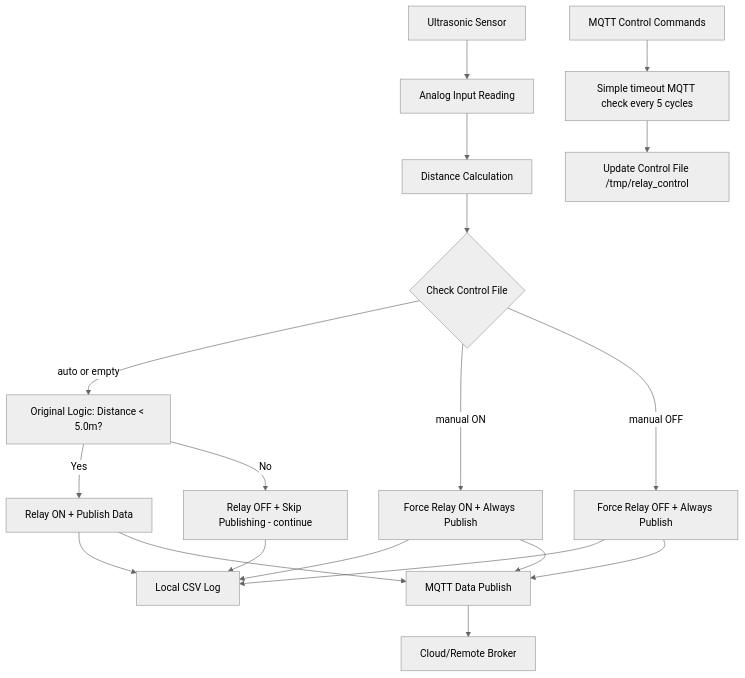
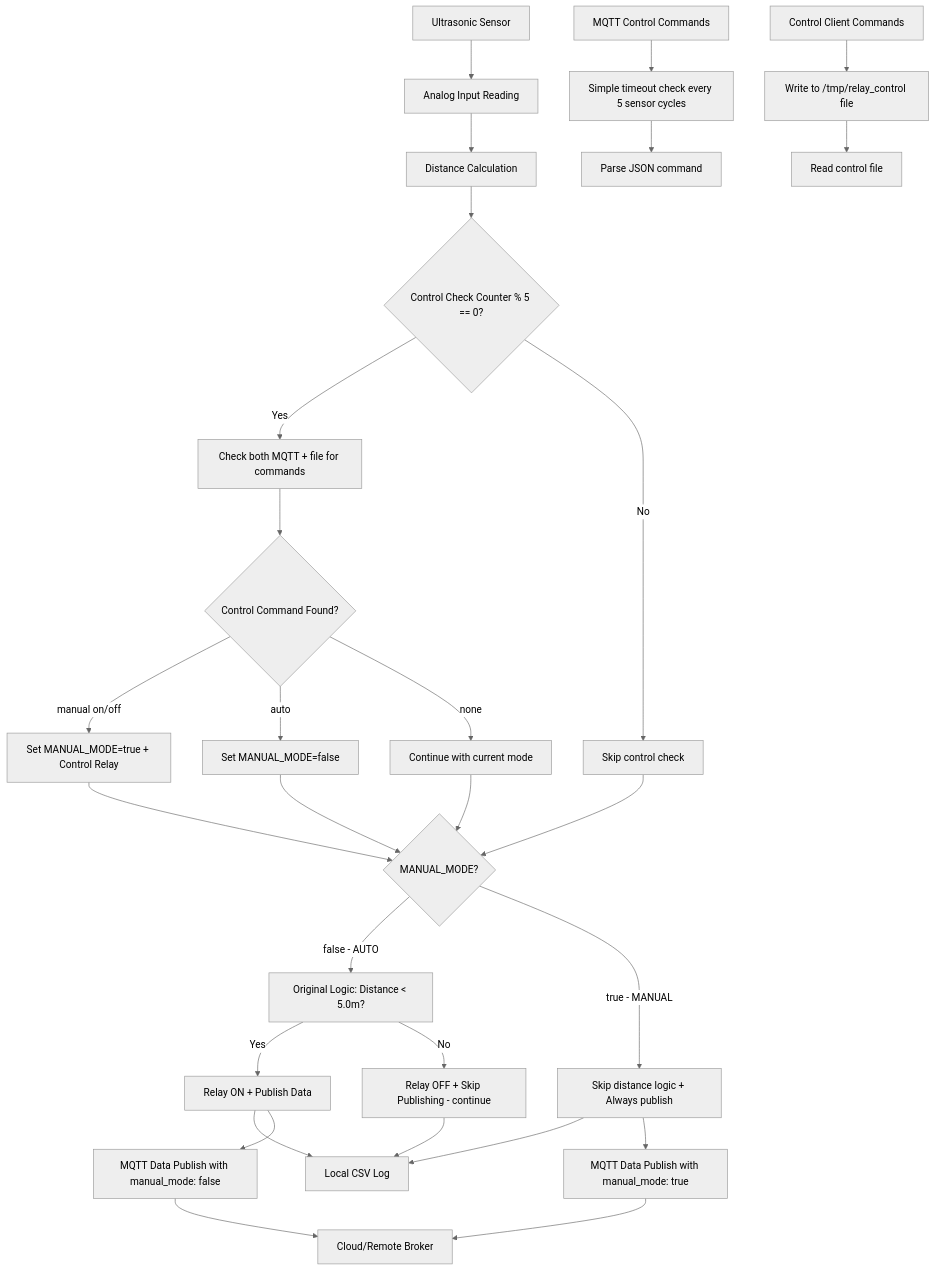
One commit to hanifr/maxbotic-ultrasonic-rpi-analog-cm4 changed the diagram in README.md. Above: the diagram before and after it, drawn with Mermaid (neutral theme). The commit also changed other lines of this file, not shown here.

````diff
--- a/README.md
+++ b/README.md
@@ -359,27 +361,40 @@
 ```mermaid
 graph TD
     A[Ultrasonic Sensor] --> B[Analog Input Reading]
     B --> C[Distance Calculation]
     
-    D[MQTT Control Commands] --> E[Simple timeout MQTT check every 5 cycles]
-    E --> F[Update Control File /tmp/relay_control]
+    D[MQTT Control Commands] --> E[Simple timeout check every 5 sensor cycles]
+    F[Control Client Commands] --> G[Write to /tmp/relay_control file]
+    E --> H[Parse JSON command]
+    G --> I[Read control file]
     
-    C --> G{Check Control File}
-    G -->|auto or empty| H[Original Logic: Distance < 5.0m?]
-    G -->|manual ON| I[Force Relay ON + Always Publish]
-    G -->|manual OFF| J[Force Relay OFF + Always Publish]
+    C --> J{Control Check Counter % 5 == 0?}
+    J -->|Yes| K[Check both MQTT + file for commands]
+    J -->|No| L[Skip control check]
     
-    H -->|Yes| K[Relay ON + Publish Data]
-    H -->|No| L[Relay OFF + Skip Publishing - continue]
+    K --> M{Control Command Found?}
+    M -->|manual on/off| N[Set MANUAL_MODE=true + Control Relay]
+    M -->|auto| O[Set MANUAL_MODE=false]
+    M -->|none| P[Continue with current mode]
     
-    K --> M[Local CSV Log]
-    I --> M
-    J --> M
-    L --> M
+    L --> Q{MANUAL_MODE?}
+    P --> Q
+    O --> Q
+    N --> Q
     
-    K --> N[MQTT Data Publish]
-    I --> N
-    J --> N
+    Q -->|false - AUTO| R[Original Logic: Distance < 5.0m?]
+    Q -->|true - MANUAL| S[Skip distance logic + Always publish]
     
-    N --> P[Cloud/Remote Broker]
+    R -->|Yes| T[Relay ON + Publish Data]
+    R -->|No| U[Relay OFF + Skip Publishing - continue]
+    
+    T --> V[Local CSV Log]
+    S --> V
+    U --> V
+    
+    T --> W[MQTT Data Publish with manual_mode: false]
+    S --> X[MQTT Data Publish with manual_mode: true]
+    
+    W --> Y[Cloud/Remote Broker]
+    X --> Y
 ```
````
